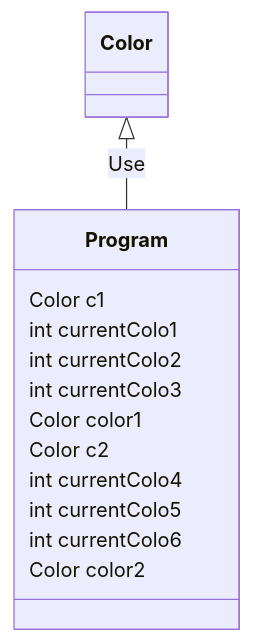
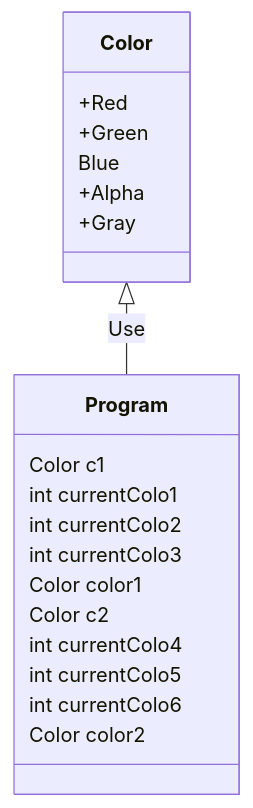
Before and after one commit to FabioRibeiro404/LP1Semana06: the diagram in README.md, drawn with Mermaid.

````diff
--- a/README.md
+++ b/README.md
@@ -3,18 +3,23 @@
 ```mermaid
  classDiagram
 Color <|-- Program : Use
 
 Program : Color c1
 Program : int currentColo1
 Program : int currentColo2
 Program : int currentColo3
 Program : Color color1
 Program : Color c2
 Program : int currentColo4
 Program : int currentColo5
 Program : int currentColo6
 Program : Color color2
 
+Color : +Red
+Color : +Green
+Color : Blue
+Color : +Alpha
+Color : +Gray
 
 
 ```
````
